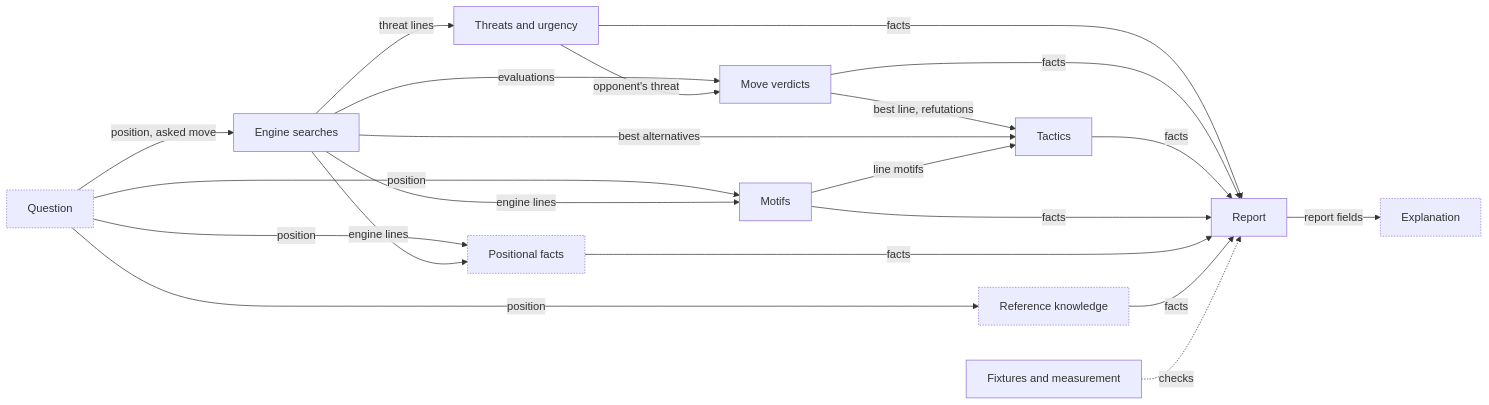
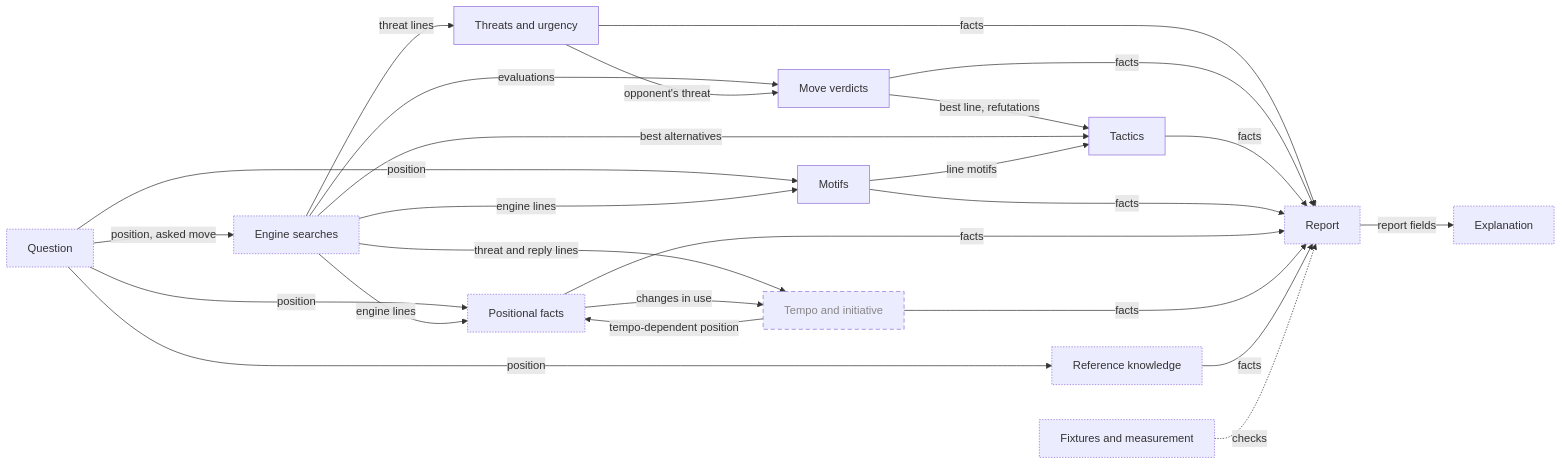
One commit to aurja/ChessWhy changed the first of 25 diagrams in Planning/DBC/CONCEPTS.md. Above: the diagram before and after it, drawn with Mermaid. The commit also changed other lines of this file and 3 other files, not shown here.

````diff
--- a/Planning/DBC/CONCEPTS.md
+++ b/Planning/DBC/CONCEPTS.md
@@ -32,30 +32,35 @@
 ```mermaid
 flowchart LR
     Question["Question"]
     Searches["Engine searches"]
     Threats["Threats and urgency"]
     Verdicts["Move verdicts"]
     Motifs["Motifs"]
     Tactics["Tactics"]
     Positional["Positional facts"]
+    Tempo["Tempo and initiative"]
     Reference["Reference knowledge"]
     Report["Report"]
     Explanation["Explanation"]
     Proof["Fixtures and measurement"]
     Question -->|position, asked move| Searches
     Question -->|position| Motifs & Positional & Reference
     Searches -->|engine lines| Motifs & Positional
     Searches -->|threat lines| Threats
+    Searches -->|threat and reply lines| Tempo
+    Tempo -->|tempo-dependent position| Positional
+    Positional -->|changes in use| Tempo
     Searches -->|evaluations| Verdicts
     Threats -->|opponent's threat| Verdicts
     Verdicts -->|best line, refutations| Tactics
     Searches -->|best alternatives| Tactics
     Motifs -->|line motifs| Tactics
-    Threats & Verdicts & Tactics & Motifs & Positional & Reference -->|facts| Report
+    Threats & Verdicts & Tactics & Motifs & Positional & Tempo & Reference -->|facts| Report
     Report -->|report fields| Explanation
     Proof -.->|checks| Report
     classDef planned stroke-dasharray:6 4,color:#888
     classDef partial stroke-dasharray:2 2
     classDef external stroke-dasharray:1 3,color:#999
-    class Question,Positional,Reference,Explanation partial
+    class Question,Searches,Positional,Reference,Report,Explanation,Proof partial
+    class Tempo planned
 ```
````
